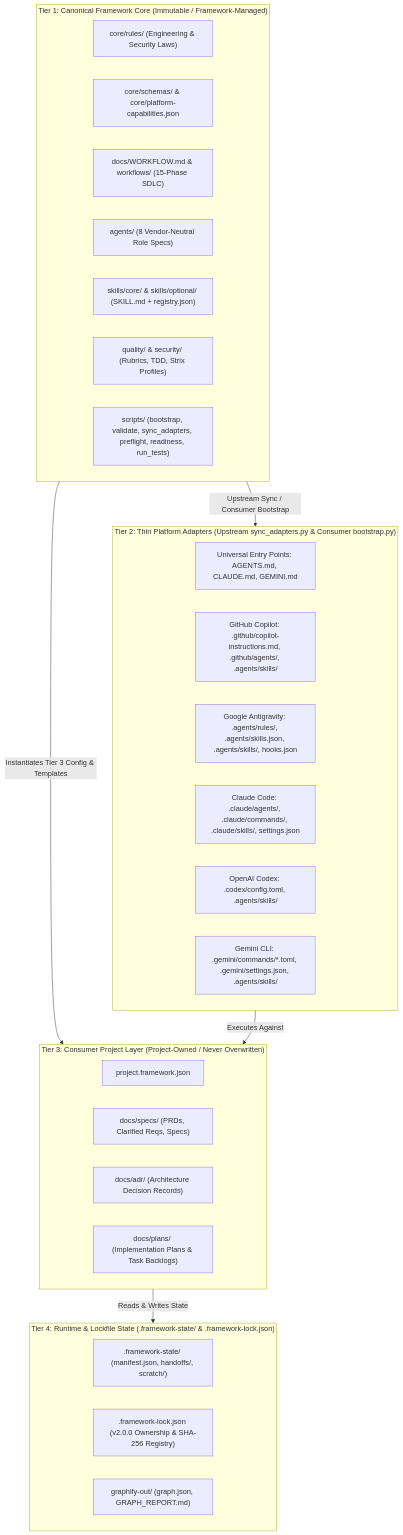
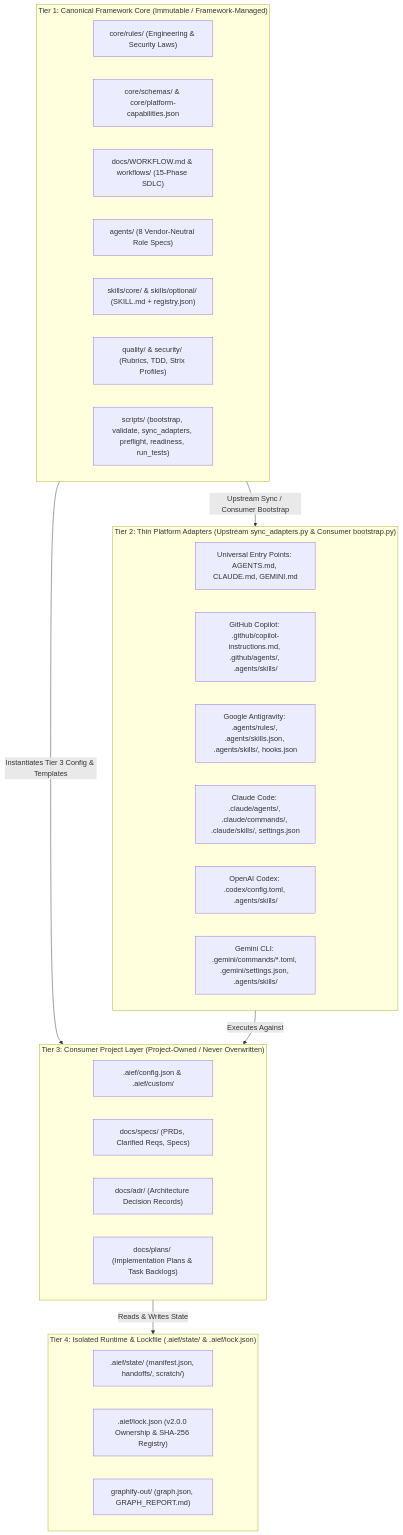
One commit to Raele24/ai-engineering-framework changed the diagram in docs/ARCHITECTURE.md. Above: the diagram before and after it, drawn with Mermaid. The commit also changed other lines of this file and 88 other files, not shown here.

````diff
--- a/docs/ARCHITECTURE.md
+++ b/docs/ARCHITECTURE.md
@@ -16,39 +16,39 @@
 ```mermaid
 flowchart TD
     subgraph T1["Tier 1: Canonical Framework Core (Immutable / Framework-Managed)"]
         CR["core/rules/ (Engineering & Security Laws)"]
         CS["core/schemas/ & core/platform-capabilities.json"]
         WF["docs/WORKFLOW.md & workflows/ (15-Phase SDLC)"]
         AG["agents/ (8 Vendor-Neutral Role Specs)"]
         SK["skills/core/ & skills/optional/ (SKILL.md + registry.json)"]
         QL["quality/ & security/ (Rubrics, TDD, Strix Profiles)"]
         SC["scripts/ (bootstrap, validate, sync_adapters, preflight, readiness, run_tests)"]
     end
 
     subgraph T2["Tier 2: Thin Platform Adapters (Upstream sync_adapters.py & Consumer bootstrap.py)"]
         A_UNI["Universal Entry Points: AGENTS.md, CLAUDE.md, GEMINI.md"]
         A_COP["GitHub Copilot: .github/copilot-instructions.md, .github/agents/, .agents/skills/"]
         A_AGY["Google Antigravity: .agents/rules/, .agents/skills.json, .agents/skills/, hooks.json"]
         A_CLC["Claude Code: .claude/agents/, .claude/commands/, .claude/skills/, settings.json"]
         A_CDX["OpenAI Codex: .codex/config.toml, .agents/skills/"]
         A_GEM["Gemini CLI: .gemini/commands/*.toml, .gemini/settings.json, .agents/skills/"]
     end
 
     subgraph T3["Tier 3: Consumer Project Layer (Project-Owned / Never Overwritten)"]
-        PCFG["project.framework.json"]
+        PCFG[".aief/config.json & .aief/custom/"]
         PSPEC["docs/specs/ (PRDs, Clarified Reqs, Specs)"]
         PADR["docs/adr/ (Architecture Decision Records)"]
         PPLAN["docs/plans/ (Implementation Plans & Task Backlogs)"]
     end
 
-    subgraph T4["Tier 4: Runtime & Lockfile State (.framework-state/ & .framework-lock.json)"]
-        FSTATE[".framework-state/ (manifest.json, handoffs/, scratch/)"]
-        FLOCK[".framework-lock.json (v2.0.0 Ownership & SHA-256 Registry)"]
+    subgraph T4["Tier 4: Isolated Runtime & Lockfile (.aief/state/ & .aief/lock.json)"]
+        FSTATE[".aief/state/ (manifest.json, handoffs/, scratch/)"]
+        FLOCK[".aief/lock.json (v2.0.0 Ownership & SHA-256 Registry)"]
         GRAPH["graphify-out/ (graph.json, GRAPH_REPORT.md)"]
     end
 
     T1 -->|"Upstream Sync / Consumer Bootstrap"| T2
     T1 -->|"Instantiates Tier 3 Config & Templates"| T3
     T2 -->|"Executes Against"| T3
     T3 -->|"Reads & Writes State"| T4
 ```
````
